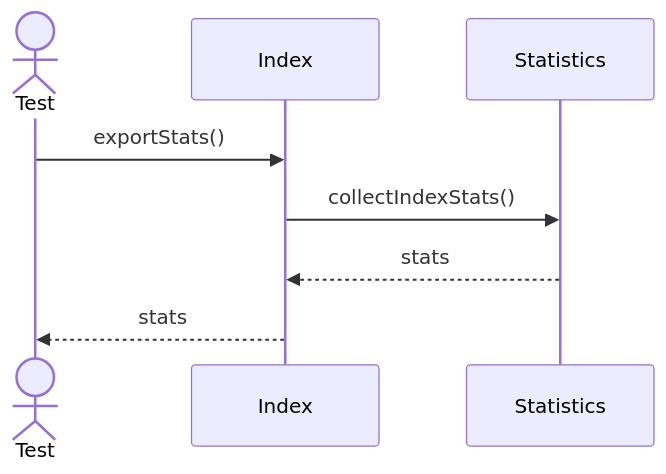
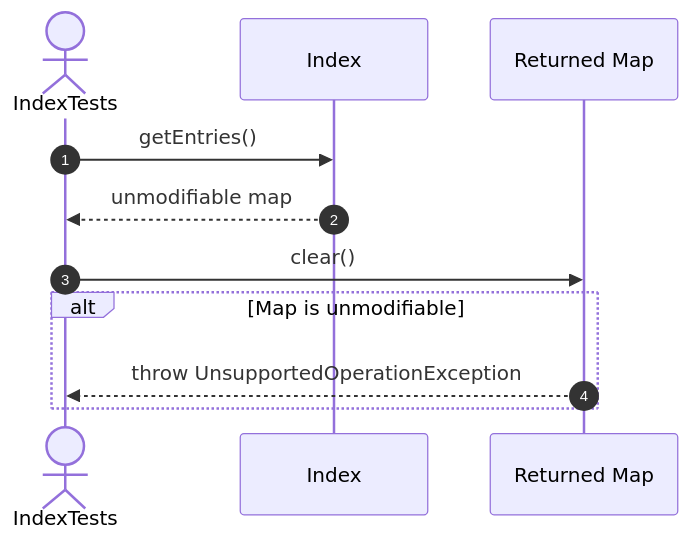
One commit to FhuAnn/-bbv-AN-s-DBMS changed diagram 14 of 15 in src/tests/unit/metadata/sequences/indexs-testing.se.md. Above: the diagram before and after it, drawn with Mermaid. The commit also changed other lines of this file and 60 other files, not shown here.

Commit message:
refactor data table, row, column, constraint, index test file

````diff
--- a/src/tests/unit/metadata/sequences/indexs-testing.se.md
+++ b/src/tests/unit/metadata/sequences/indexs-testing.se.md
@@ -337,11 +229,15 @@
 ```mermaid
 sequenceDiagram
-actor Test
-participant Index
-participant Statistics
+    autonumber
+    actor Test as IndexTests
+    participant Index as Index
+    participant Entries as Returned Map
 
-Test->>Index: exportStats()
-Index->>Statistics: collectIndexStats()
-Statistics-->>Index: stats
-Index-->>Test: stats
+    Test->>Index: getEntries()
+    Index-->>Test: unmodifiable map
+
+    Test->>Entries: clear()
+    alt Map is unmodifiable
+        Entries-->>Test: throw UnsupportedOperationException
+    end
 ```
````
